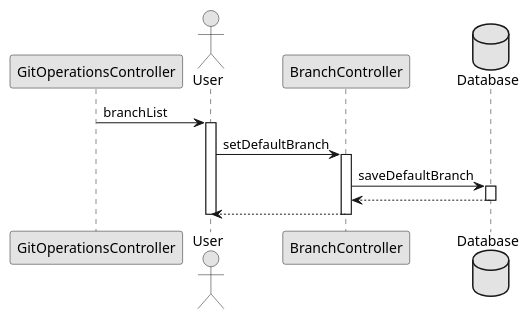
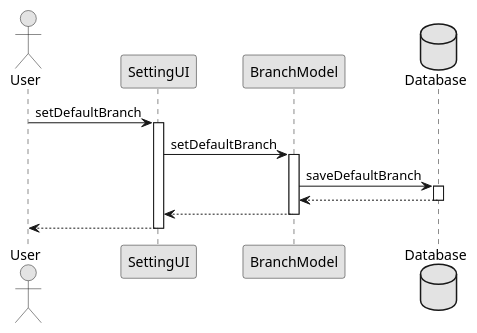
The diagram in docs/res/seq2.pu (imdar1/GitMonitor), drawn with PlantUML before and after one commit. The commit also changed 6 other files, not shown here.

```diff
--- a/docs/res/seq2.pu
+++ b/docs/res/seq2.pu
@@ -1,23 +1,26 @@
 @startuml sequence_diagram2
 skinparam monochrome true
-participant "GitOperationsController" as a1
 actor User as user
-participant "BranchController" as a2
+participant "SettingUI" as i1
+participant "BranchModel" as a1
 database "Database" as db
 
-a1 -> user: branchList
-activate user
+user -> i1: setDefaultBranch
+activate i1
 
-user -> a2: setDefaultBranch
-activate a2
+i1 -> a1: setDefaultBranch
+activate a1
 
-a2 -> db: saveDefaultBranch
+a1 -> db: saveDefaultBranch
 activate db
 
-db-->a2
+db --> a1
 deactivate db
-a2--> user
-deactivate a2
-deactivate user
+
+a1 --> i1
+deactivate a1
+
+i1 --> user
+deactivate i1
 
 @enduml
```
